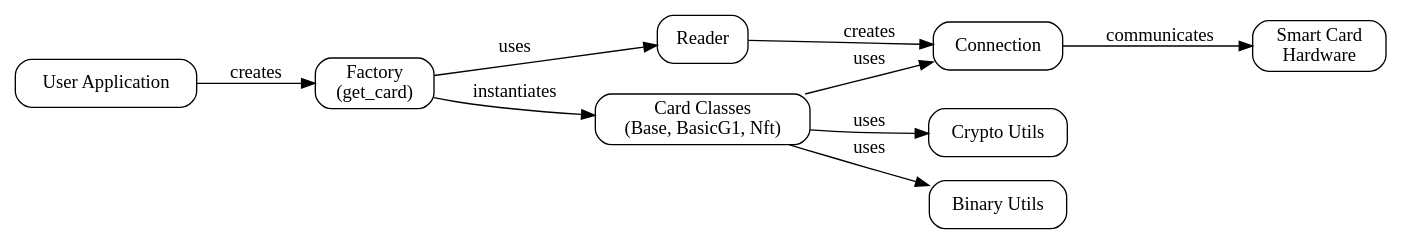
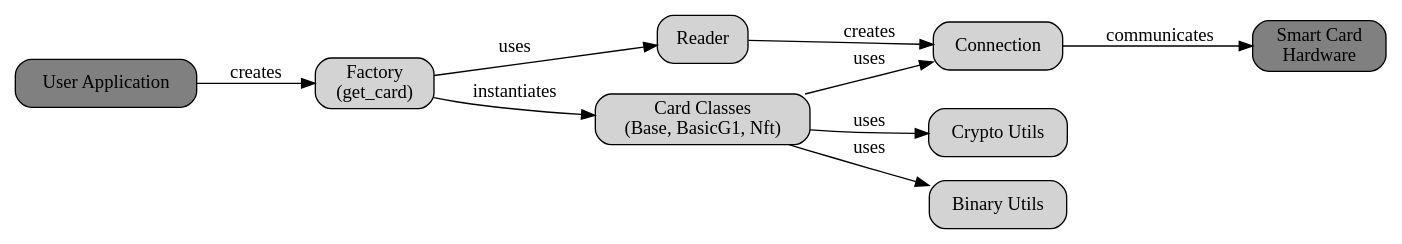
One commit to Cryptnox-Software/cryptnoxpy changed the fifth of 8 diagrams in docs/class_diagrams.rst. Above: the diagram before and after it, drawn with Graphviz. The commit also changed other lines of this file and 1 other file, not shown here.

Commit message:
Added gray colors to class diagrams

```diff
--- a/docs/class_diagrams.rst
+++ b/docs/class_diagrams.rst
@@ -214,32 +214,32 @@
 .. graphviz::
    :caption: Cryptnox SDK Architecture
 
    digraph cryptnox_architecture {
       rankdir=LR;
-      node [shape=box, style="rounded", color=black, fontcolor=black];
+      node [shape=box, style="rounded,filled", color=black, fontcolor=black, fillcolor=lightgray];
       edge [color=black];
       
       // Main components
-      User [label="User Application"];
+      User [label="User Application", fillcolor=gray];
       Factory [label="Factory\n(get_card)"];
       Reader [label="Reader"];
       Connection [label="Connection"];
       Card [label="Card Classes\n(Base, BasicG1, Nft)"];
       
       // Utilities
       CryptoUtils [label="Crypto Utils"];
       BinaryUtils [label="Binary Utils"];
       
       // External
-      SmartCard [label="Smart Card\nHardware"];
+      SmartCard [label="Smart Card\nHardware", fillcolor=gray];
       
       // Relationships
       User -> Factory [label="creates"];
       Factory -> Reader [label="uses"];
       Reader -> Connection [label="creates"];
       Factory -> Card [label="instantiates"];
       Card -> Connection [label="uses"];
       Connection -> SmartCard [label="communicates"];
       Card -> CryptoUtils [label="uses"];
       Card -> BinaryUtils [label="uses"];
    }
```
